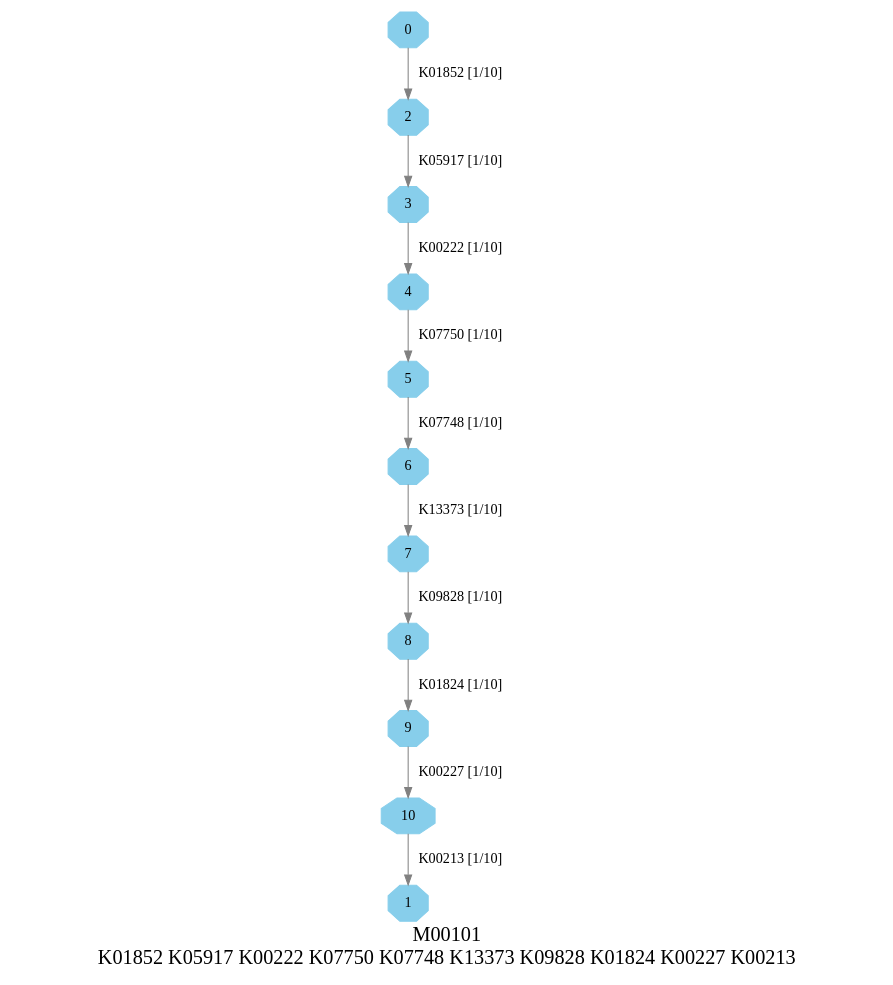
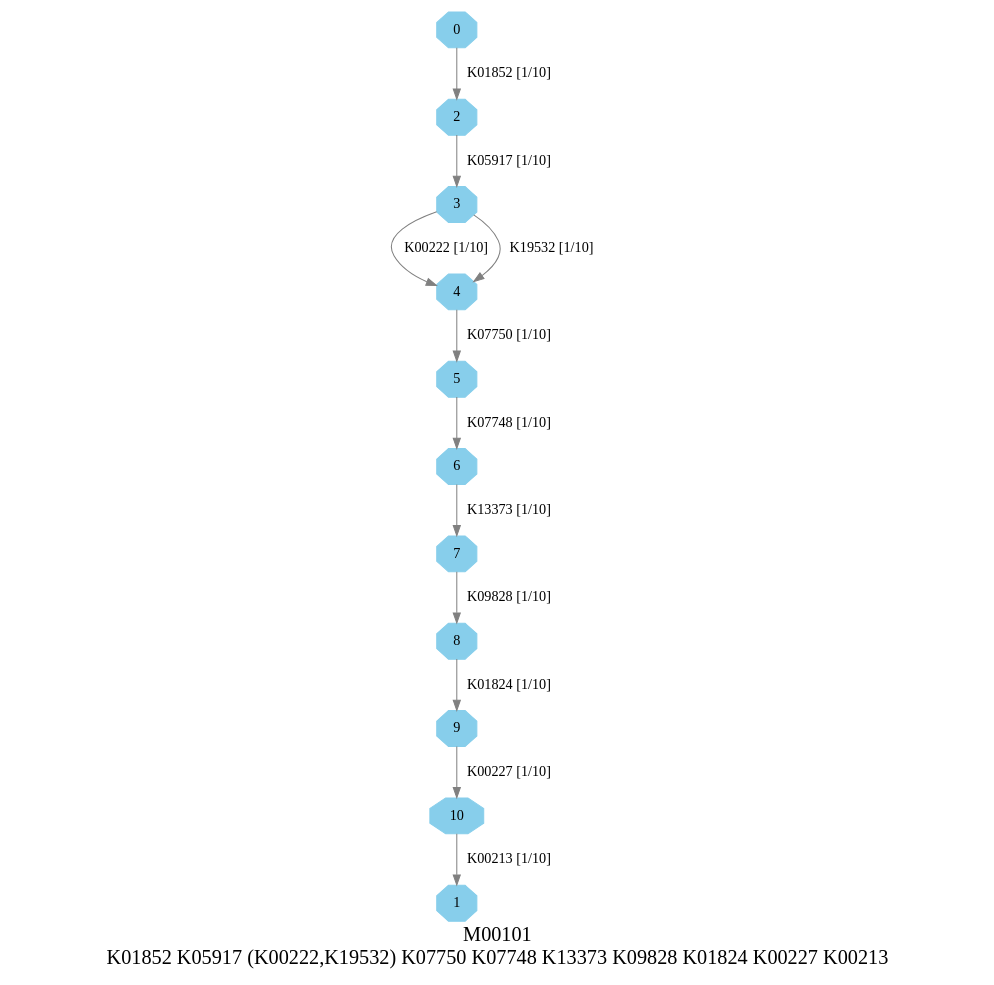
Before and after one commit to EBI-Metagenomics/kegg-pathways-completeness-tool: the diagram in graphs/dots/M00101.dot, drawn with Graphviz. The commit also changed 654 other files, not shown here.

```diff
--- a/graphs/dots/M00101.dot
+++ b/graphs/dots/M00101.dot
@@ -1,17 +1,18 @@
 digraph G {
 graph [label="M00101
-K01852 K05917 K00222 K07750 K07748 K13373 K09828 K01824 K00227 K00213",fontsize=20];
+K01852 K05917 (K00222,K19532) K07750 K07748 K13373 K09828 K01824 K00227 K00213",fontsize=20];
 node [shape=box,style=filled];
 edge [len=3,color=grey];
 {node [width=.3,height=.3,shape=octagon,style=filled,color=skyblue] 0 1 2 3 4 5 6 7 8 9 10 }
 0 -> 2 [label="K01852 [1/10]"];
 2 -> 3 [label="K05917 [1/10]"];
 3 -> 4 [label="K00222 [1/10]"];
+3 -> 4 [label="K19532 [1/10]"];
 4 -> 5 [label="K07750 [1/10]"];
 5 -> 6 [label="K07748 [1/10]"];
 6 -> 7 [label="K13373 [1/10]"];
 7 -> 8 [label="K09828 [1/10]"];
 8 -> 9 [label="K01824 [1/10]"];
 9 -> 10 [label="K00227 [1/10]"];
 10 -> 1 [label="K00213 [1/10]"];
 }
```
